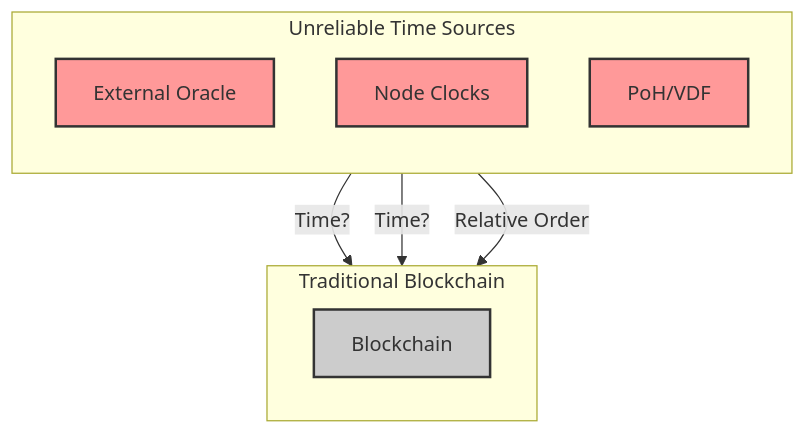
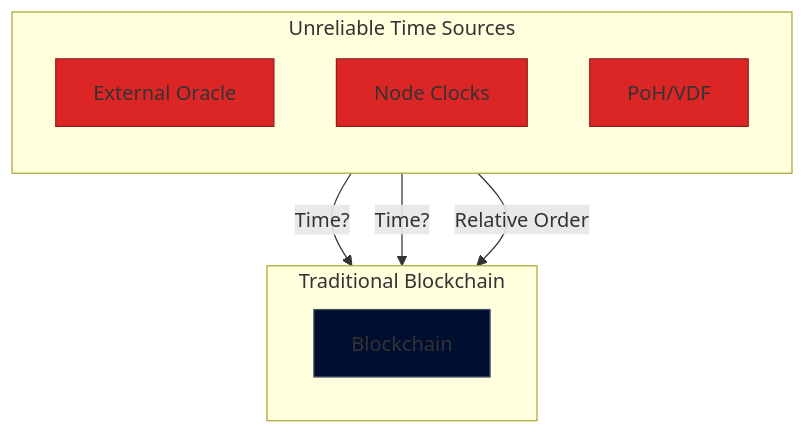
The first of 7 diagrams in content/chronoledger/_index.md (nshkrdotcom/nshkrdotcom.github.io), drawn with Mermaid before and after one commit. The commit also changed other lines of this file, not shown here.

```diff
--- a/content/chronoledger/_index.md
+++ b/content/chronoledger/_index.md
@@ -257,16 +257,16 @@
         <div class="mermaid">
         graph TD
             subgraph Traditional Blockchain
                 direction LR
                 B[Blockchain]
             end
             subgraph Unreliable Time Sources
                 direction TB
                 O[External Oracle] -- Time? --> B
                 NC[Node Clocks] -- Time? --> B
                 P[PoH/VDF] -- Relative Order --> B
             end
-             classDef red fill:#f99,stroke:#333,stroke-width:2px;
+             classDef red fill:#DC2626,stroke:#991b1b,stroke-width:1px;
              class O,NC,P red;
-             style B fill:#ccc,stroke:#333,stroke-width:2px;
+             style B fill:#000E30,stroke:#4A5568,stroke-width:1px;
         </div>
```
